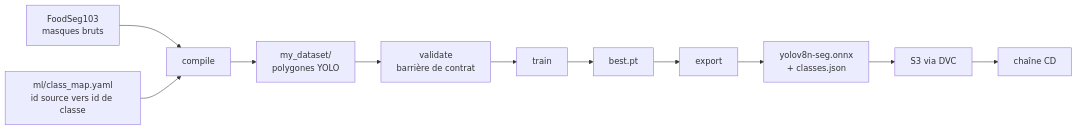
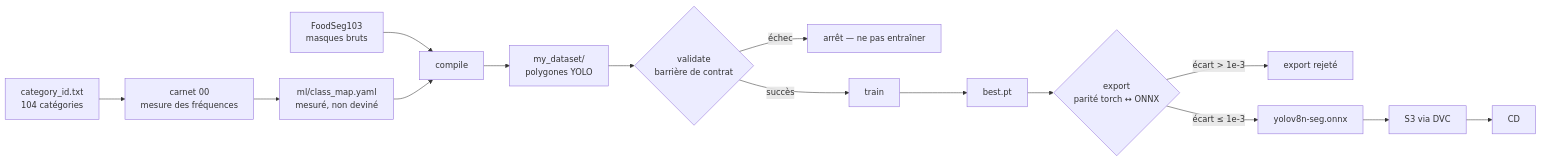
The fourth of 9 diagrams in Readme.fr.md (Zen-Daitsu/Nutrivision), drawn with Mermaid before and after one commit. The commit also changed other lines of this file, not shown here.

````diff
--- a/Readme.fr.md
+++ b/Readme.fr.md
@@ -159,13 +220,16 @@
 ```mermaid
 flowchart LR
     raw["FoodSeg103<br/>masques bruts"] --> compile
-    map["ml/class_map.yaml<br/>id source vers id de classe"] --> compile
-    compile["compile"] --> ds["my_dataset/<br/>polygones YOLO"]
-    ds --> validate["validate<br/>barrière de contrat"]
-    validate --> train["train"]
+    cats["category_id.txt<br/>104 catégories"] --> nb00["carnet 00<br/>mesure des fréquences"]
+    nb00 --> map["ml/class_map.yaml<br/>mesuré, non deviné"]
+    map --> compile["compile"]
+    compile --> ds["my_dataset/<br/>polygones YOLO"]
+    ds --> validate{"validate<br/>barrière de contrat"}
+    validate -->|"échec"| stop["arrêt — ne pas entraîner"]
+    validate -->|"succès"| train["train"]
     train --> best["best.pt"]
-    best --> export["export"]
-    export --> onnx["yolov8n-seg.onnx<br/>+ classes.json"]
-    onnx --> s3["S3 via DVC"]
-    s3 --> cd["chaîne CD"]
+    best --> export{"export<br/>parité torch ↔ ONNX"}
+    export -->|"écart > 1e-3"| reject["export rejeté"]
+    export -->|"écart ≤ 1e-3"| onnx["yolov8n-seg.onnx"]
+    onnx --> s3["S3 via DVC"] --> cd["CD"]
 ```
````
